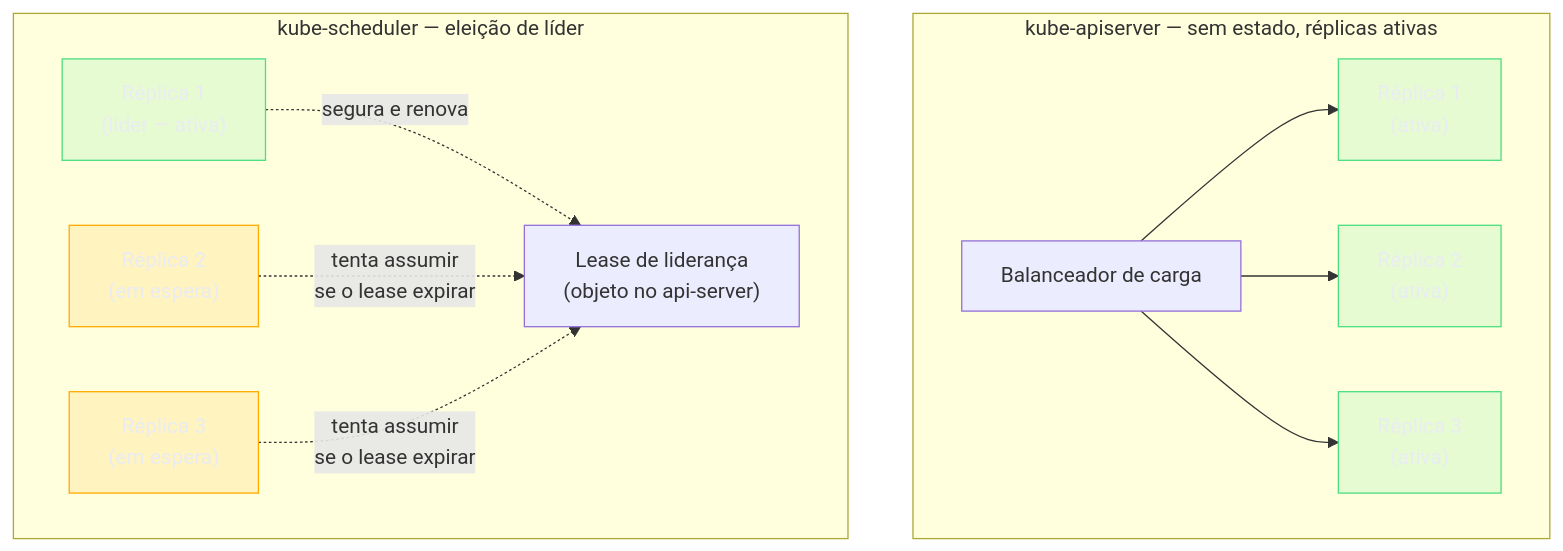
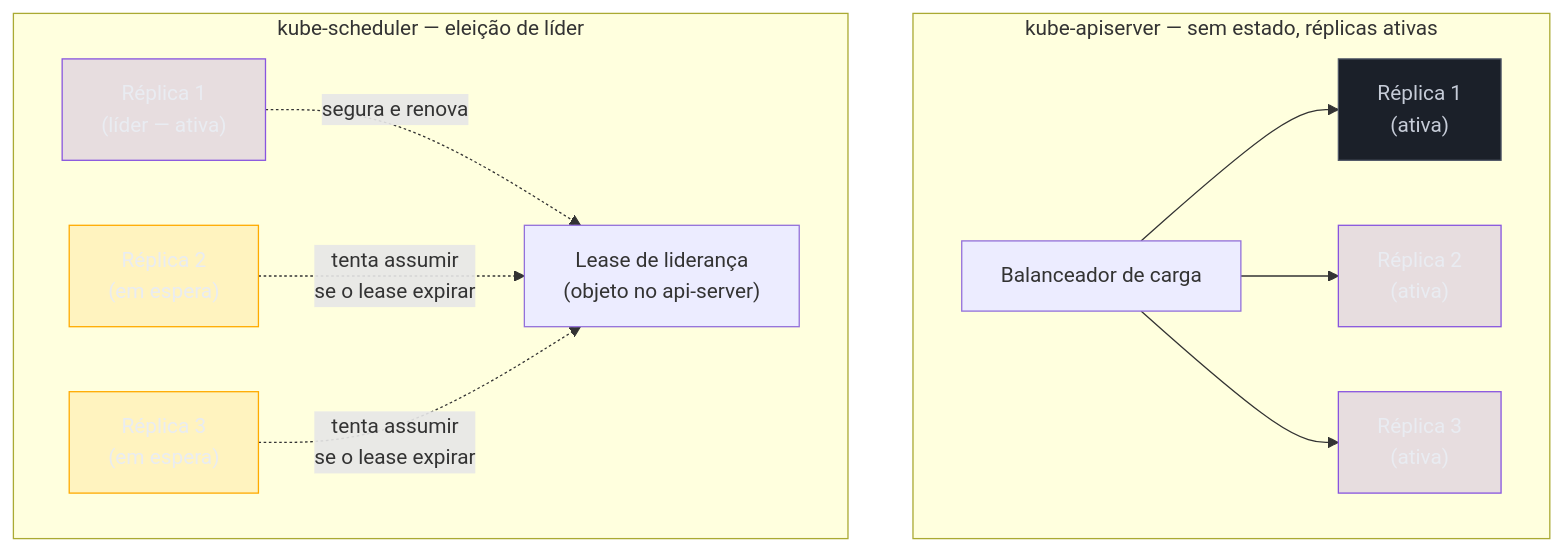
Before and after one commit to josenaldo/codex-technomanticus: the third of 4 diagrams in 03-Dominios/Tecnologia/Infraestrutura/Kubernetes/16 - O control plane por dentro.md, drawn with Mermaid. The commit also changed other lines of this file and 601 other files, not shown here.

````diff
--- a/03-Dominios/Tecnologia/Infraestrutura/Kubernetes/16 - O control plane por dentro.md
+++ b/03-Dominios/Tecnologia/Infraestrutura/Kubernetes/16 - O control plane por dentro.md
@@ -208,30 +208,31 @@
 ```mermaid
 graph TB
-    classDef ok fill:#4ADE8021,stroke:#4ADE80,color:#E9ECF2
+    classDef marca fill:#8855DF33,stroke:#8855DF,color:#E9ECF2
+    classDef neutro fill:#1B2029,stroke:#4E5666,color:#C6CCD8
     classDef destaque fill:#FFAA0024,stroke:#FFAA00,color:#E9ECF2
     subgraph "kube-apiserver — sem estado, réplicas ativas"
         A1["Réplica 1<br/>(ativa)"]
         A2["Réplica 2<br/>(ativa)"]
         A3["Réplica 3<br/>(ativa)"]
         LB["Balanceador de carga"] --> A1
         LB --> A2
         LB --> A3
     end
 
     subgraph "kube-scheduler — eleição de líder"
         S1["Réplica 1<br/>(líder — ativa)"]
         S2["Réplica 2<br/>(em espera)"]
         S3["Réplica 3<br/>(em espera)"]
         Lease["Lease de liderança<br/>(objeto no api-server)"]
         S1 -.->|"segura e renova"| Lease
         S2 -.->|"tenta assumir<br/>se o lease expirar"| Lease
         S3 -.->|"tenta assumir<br/>se o lease expirar"| Lease
     end
 
-    class A1 ok
-    class A2 ok
-    class A3 ok
-    class S1 ok
+    class A1 neutro
+    class A2 marca
+    class A3 marca
+    class S1 marca
     class S2 destaque
     class S3 destaque
 ```
````
